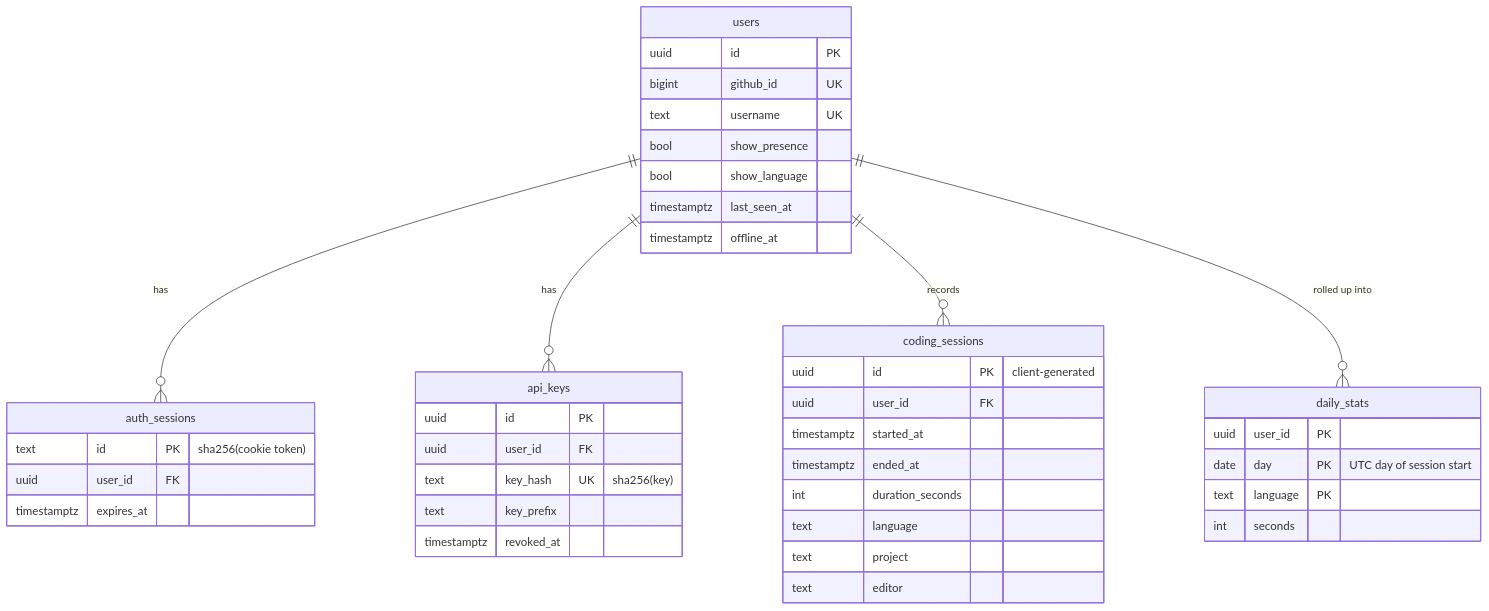
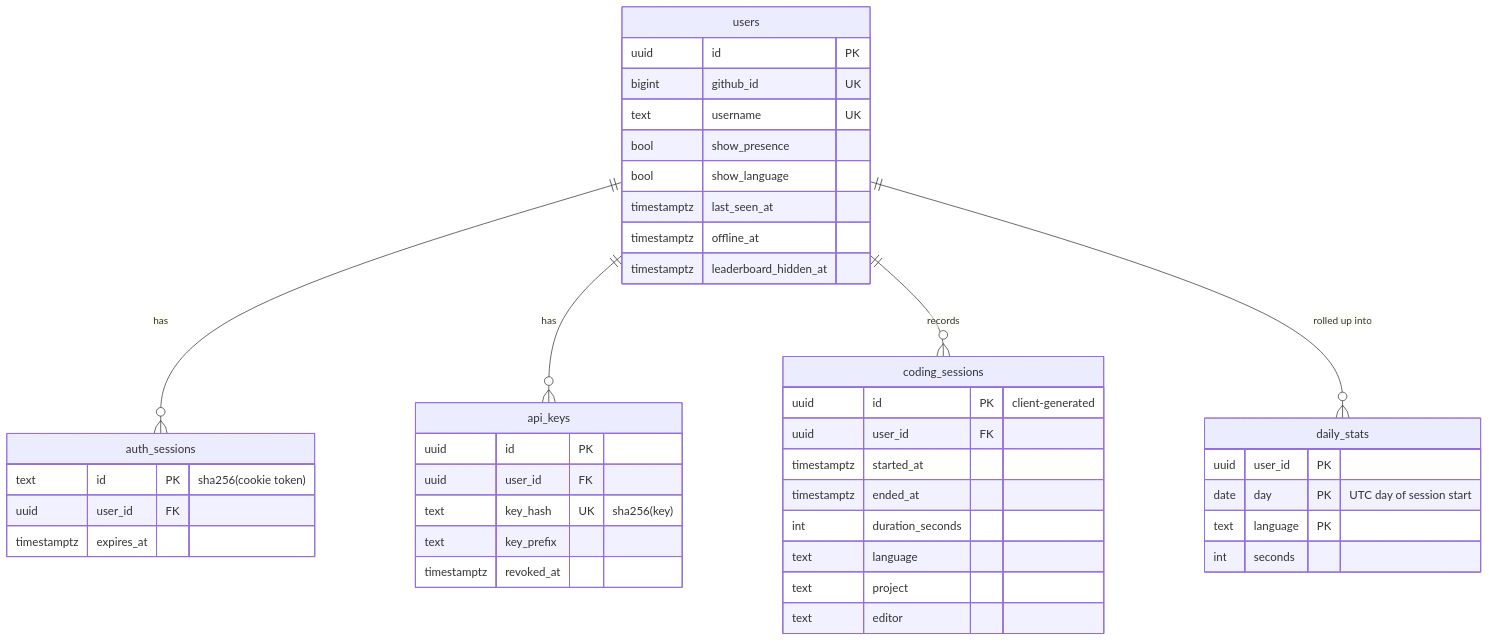
One commit to SalehKhatri/forkyou changed the diagram in docs/data-model.md. Above: the diagram before and after it, drawn with Mermaid. The commit also changed other lines of this file and 20 other files, not shown here.

````diff
--- a/docs/data-model.md
+++ b/docs/data-model.md
@@ -5,44 +5,45 @@
 ```mermaid
 erDiagram
   users ||--o{ auth_sessions : has
   users ||--o{ api_keys : has
   users ||--o{ coding_sessions : records
   users ||--o{ daily_stats : "rolled up into"
   users {
     uuid id PK
     bigint github_id UK
     text username UK
     bool show_presence
     bool show_language
     timestamptz last_seen_at
     timestamptz offline_at
+    timestamptz leaderboard_hidden_at
   }
   auth_sessions {
     text id PK "sha256(cookie token)"
     uuid user_id FK
     timestamptz expires_at
   }
   api_keys {
     uuid id PK
     uuid user_id FK
     text key_hash UK "sha256(key)"
     text key_prefix
     timestamptz revoked_at
   }
   coding_sessions {
     uuid id PK "client-generated"
     uuid user_id FK
     timestamptz started_at
     timestamptz ended_at
     int duration_seconds
     text language
     text project
     text editor
   }
   daily_stats {
     uuid user_id PK
     date day PK "UTC day of session start"
     text language PK
     int seconds
   }
 ```
````
